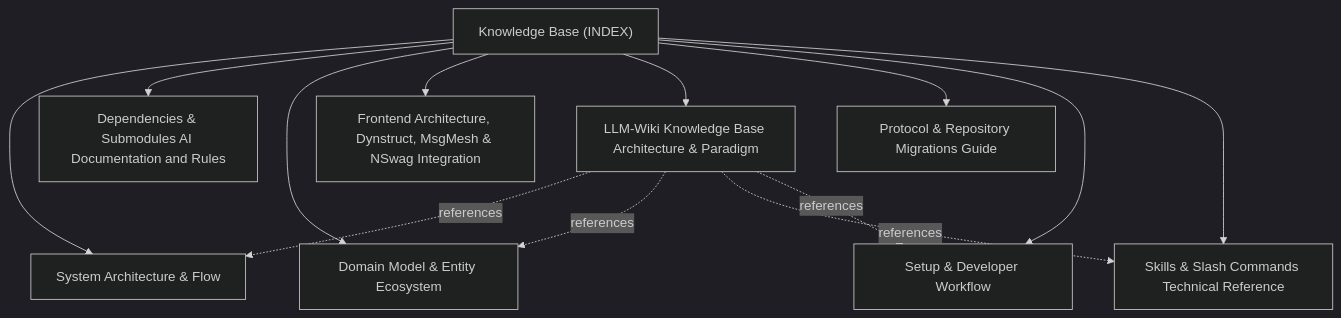
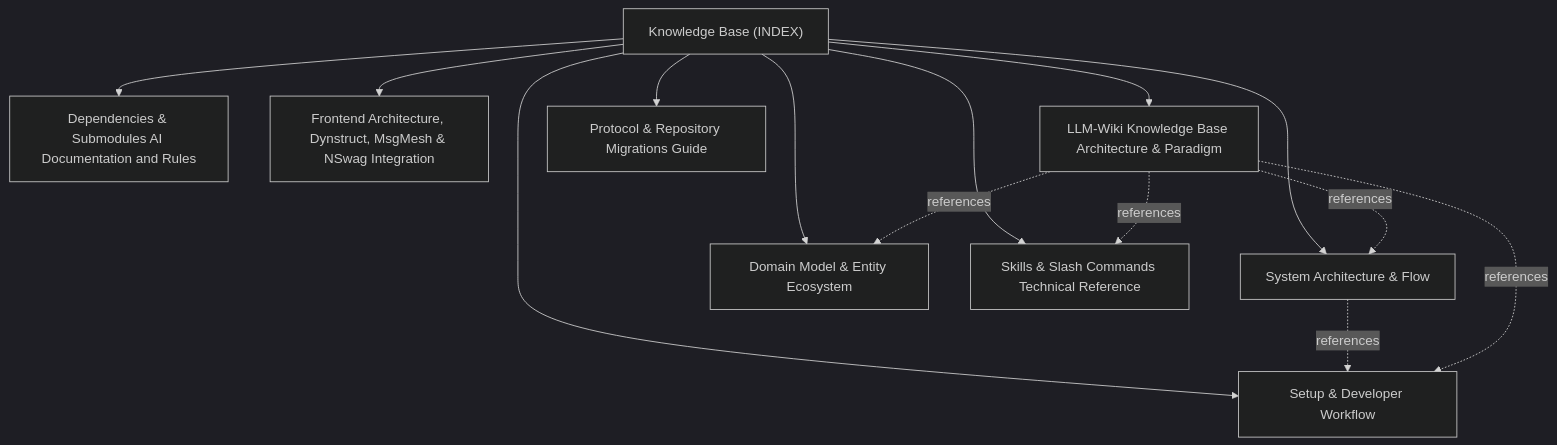
Before and after one commit to actdim/agents: the diagram in docs/INDEX.md, drawn with Mermaid (dark theme). The commit also changed 38 other files, not shown here.

````diff
--- a/docs/INDEX.md
+++ b/docs/INDEX.md
@@ -18,24 +18,25 @@
 ```mermaid
 flowchart TD
     INDEX["Knowledge Base (INDEX)"]
     T_ARCHITECTURE["System Architecture & Flow"]
     INDEX --> T_ARCHITECTURE
     T_DEPENDENCIES["Dependencies & Submodules AI Documentation and Rules"]
     INDEX --> T_DEPENDENCIES
     T_DOMAIN_MODEL["Domain Model & Entity Ecosystem"]
     INDEX --> T_DOMAIN_MODEL
     T_FRONTEND_FRAMEWORKS["Frontend Architecture, Dynstruct, MsgMesh & NSwag Integration"]
     INDEX --> T_FRONTEND_FRAMEWORKS
     T_LLM_WIKI_ARCHITECTURE["LLM-Wiki Knowledge Base Architecture & Paradigm"]
     INDEX --> T_LLM_WIKI_ARCHITECTURE
     T_MIGRATIONS["Protocol & Repository Migrations Guide"]
     INDEX --> T_MIGRATIONS
     T_SETUP_AND_WORKFLOW["Setup & Developer Workflow"]
     INDEX --> T_SETUP_AND_WORKFLOW
     T_SKILLS_REFERENCE["Skills & Slash Commands Technical Reference"]
     INDEX --> T_SKILLS_REFERENCE
+    T_ARCHITECTURE -.->|references| T_SETUP_AND_WORKFLOW
     T_LLM_WIKI_ARCHITECTURE -.->|references| T_ARCHITECTURE
     T_LLM_WIKI_ARCHITECTURE -.->|references| T_DOMAIN_MODEL
     T_LLM_WIKI_ARCHITECTURE -.->|references| T_SKILLS_REFERENCE
     T_LLM_WIKI_ARCHITECTURE -.->|references| T_SETUP_AND_WORKFLOW
 ```
````
